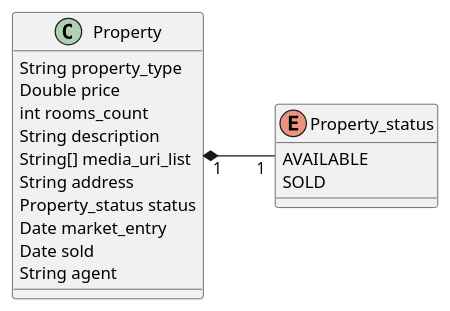
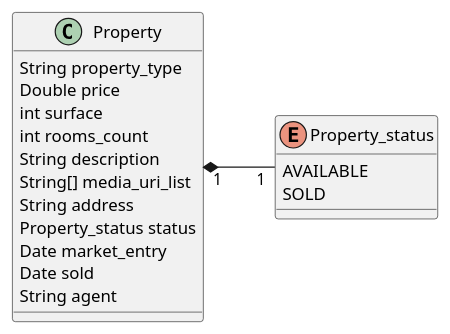
Before and after one commit to Gumpah/RealEstateManager: the diagram in diagrams/class_diagram.puml, drawn with PlantUML. The commit also changed 17 other files, not shown here.

```diff
--- a/diagrams/class_diagram.puml
+++ b/diagrams/class_diagram.puml
@@ -1,26 +1,27 @@
 @startuml
 'https://plantuml.com/class-diagram
 
 left to right direction
 
 class Property {
 String property_type
 Double price
+int surface
 int rooms_count
 String description
 String[] media_uri_list
 String address
 Property_status status
 Date market_entry
 Date sold
 String agent
 }
 
 enum Property_status {
 AVAILABLE
 SOLD
 }
 
 Property "1" *-- "1" Property_status
 
 @enduml
```
